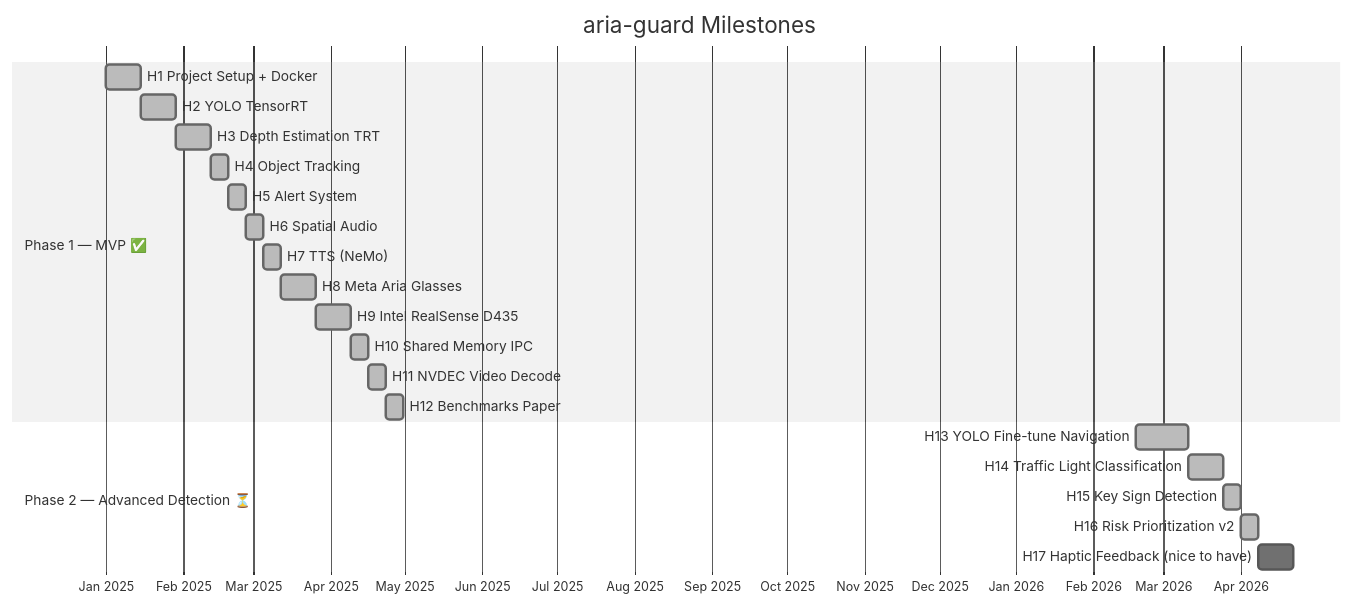
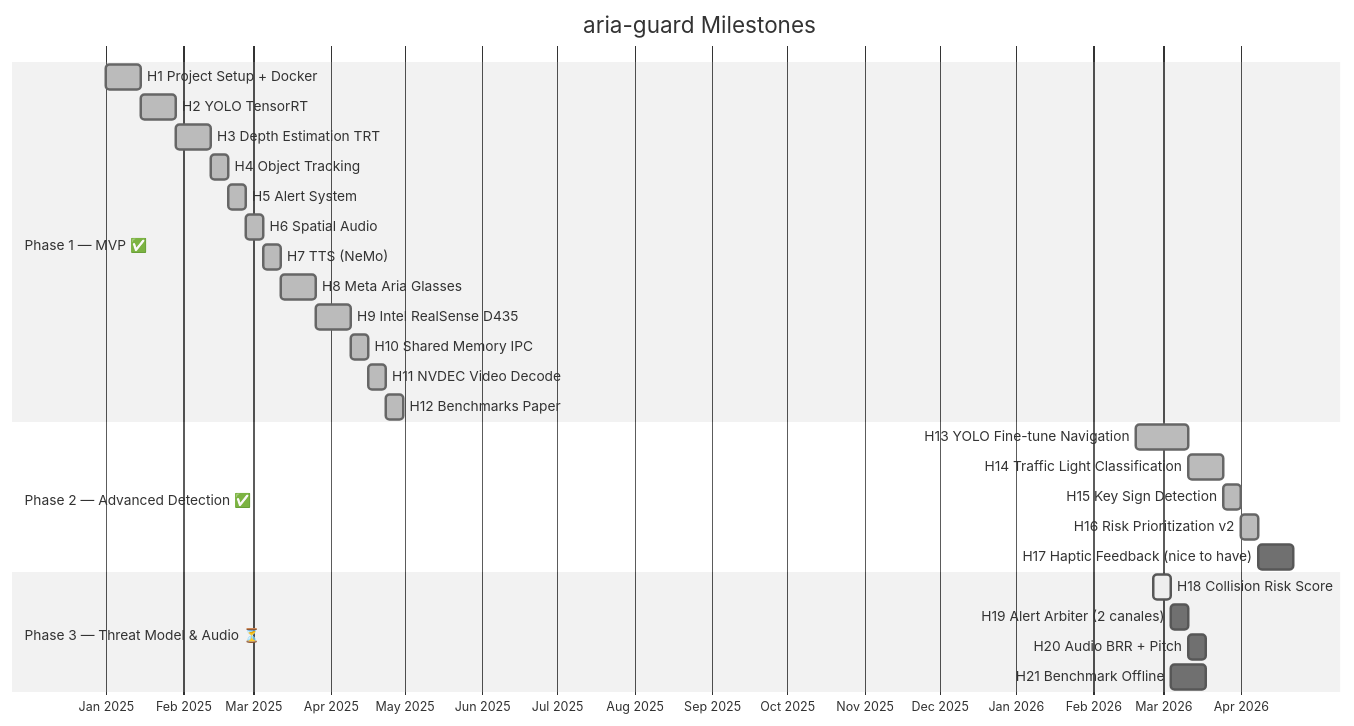
Before and after one commit to robertteleng/aria-guard: diagram 12 of 12 in README.md, drawn with Mermaid (neutral theme). The commit also changed other lines of this file and 1 other file, not shown here.

First line of the commit message:
docs: add research paper survey and Phase 3 milestones (H18-H21)

````diff
--- a/README.md
+++ b/README.md
@@ -833,27 +846,33 @@
 ```mermaid
 gantt
     title aria-guard Milestones
     dateFormat YYYY-MM-DD
     axisFormat %b %Y
 
     section Phase 1 — MVP ✅
     H1  Project Setup + Docker        :done, h1, 2025-01-01, 14d
     H2  YOLO TensorRT                 :done, h2, after h1, 14d
     H3  Depth Estimation TRT          :done, h3, after h2, 14d
     H4  Object Tracking               :done, h4, after h3, 7d
     H5  Alert System                  :done, h5, after h4, 7d
     H6  Spatial Audio                 :done, h6, after h5, 7d
     H7  TTS (NeMo)                    :done, h7, after h6, 7d
     H8  Meta Aria Glasses             :done, h8, after h7, 14d
     H9  Intel RealSense D435          :done, h9, after h8, 14d
     H10 Shared Memory IPC             :done, h10, after h9, 7d
     H11 NVDEC Video Decode            :done, h11, after h10, 7d
     H12 Benchmarks Paper              :done, h12, after h11, 7d
 
-    section Phase 2 — Advanced Detection ⏳
+    section Phase 2 — Advanced Detection ✅
     H13 YOLO Fine-tune Navigation     :done, h13, 2026-02-18, 21d
     H14 Traffic Light Classification  :done, h14, after h13, 14d
     H15 Key Sign Detection            :done, h15, after h14, 7d
     H16 Risk Prioritization v2        :done, h16, after h15, 7d
     H17 Haptic Feedback (nice to have) :h17, after h16, 14d
+
+    section Phase 3 — Threat Model & Audio ⏳
+    H18 Collision Risk Score          :active, h18, 2026-02-25, 7d
+    H19 Alert Arbiter (2 canales)     :h19, after h18, 7d
+    H20 Audio BRR + Pitch             :h20, after h19, 7d
+    H21 Benchmark Offline             :h21, after h18, 14d
 ```
````
